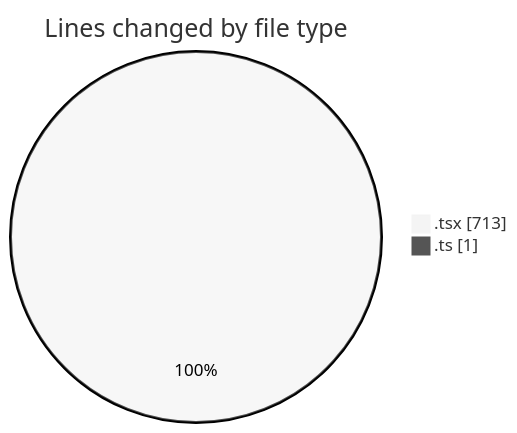
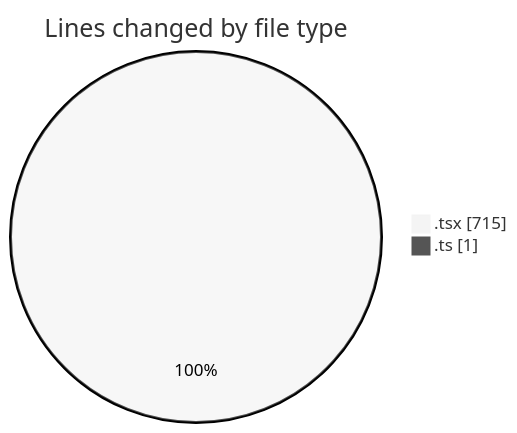
Before and after one commit to robertbonfada/code-tracking: the first of 2 diagrams in 2025-03-08/mbc-web/README.md, drawn with Mermaid (neutral theme). The commit also changed other lines of this file and 1 other file, not shown here.

````diff
--- a/2025-03-08/mbc-web/README.md
+++ b/2025-03-08/mbc-web/README.md
@@ -25,6 +25,6 @@
 ```mermaid
 pie showData
 title Lines changed by file type
-".tsx" : 713
+".tsx" : 715
 ".ts" : 1
 ```
````
